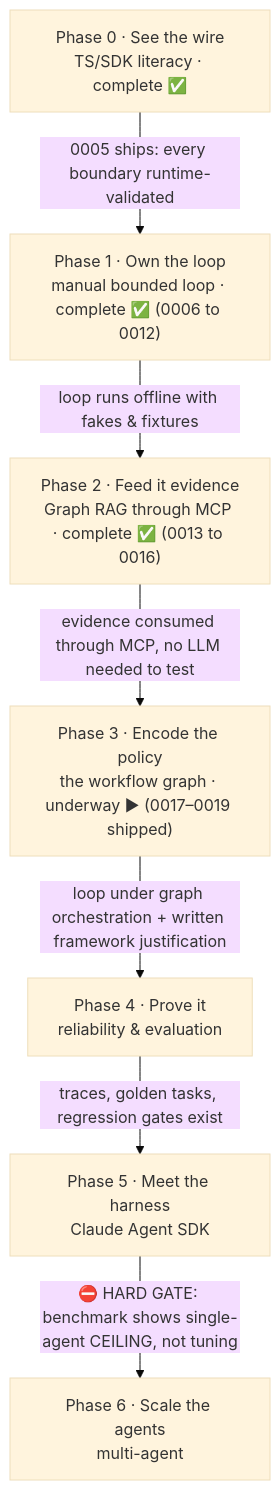
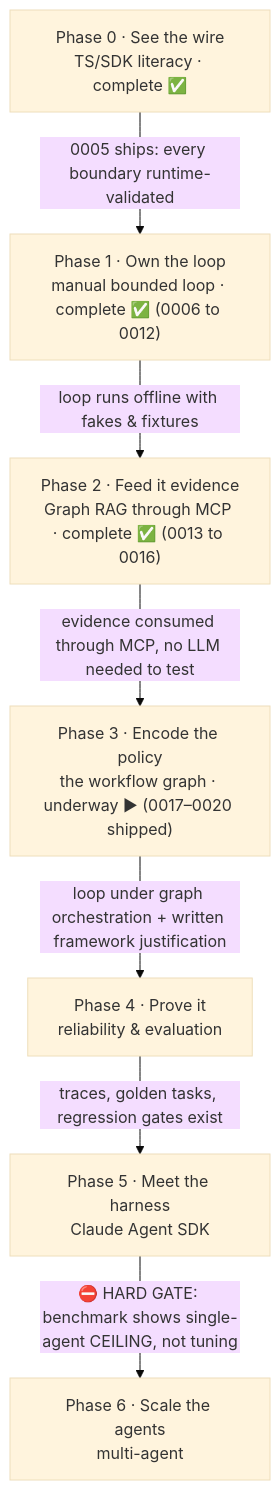
The first of 6 diagrams in wiki/course/course-module-graph.md (JozsefKiss90/TS), drawn with Mermaid (base theme) before and after one commit. The commit also changed other lines of this file and 19 other files, not shown here.

First line of the commit message:
Ship lesson 0020 - LangGraph.js, Evaluated; lab 13-graph-orchestration; Phase 3 is 4 of 5

````diff
--- a/wiki/course/course-module-graph.md
+++ b/wiki/course/course-module-graph.md
@@ -17,16 +17,16 @@
 ```mermaid
 flowchart TD
     P0["Phase 0 · See the wire<br/>TS/SDK literacy · complete ✅"]
     P1["Phase 1 · Own the loop<br/>manual bounded loop · complete ✅ (0006 to 0012)"]
     P2["Phase 2 · Feed it evidence<br/>Graph RAG through MCP · complete ✅ (0013 to 0016)"]
-    P3["Phase 3 · Encode the policy<br/>the workflow graph · underway ▶ (0017–0019 shipped)"]
+    P3["Phase 3 · Encode the policy<br/>the workflow graph · underway ▶ (0017–0020 shipped)"]
     P4["Phase 4 · Prove it<br/>reliability & evaluation"]
     P5["Phase 5 · Meet the harness<br/>Claude Agent SDK"]
     P6["Phase 6 · Scale the agents<br/>multi-agent"]
     P0 -->|"0005 ships: every boundary runtime-validated"| P1
     P1 -->|"loop runs offline with fakes & fixtures"| P2
     P2 -->|"evidence consumed through MCP, no LLM needed to test"| P3
     P3 -->|"loop under graph orchestration + written framework justification"| P4
     P4 -->|"traces, golden tasks, regression gates exist"| P5
     P5 -->|"⛔ HARD GATE: benchmark shows single-agent CEILING, not tuning"| P6
 ```
````
